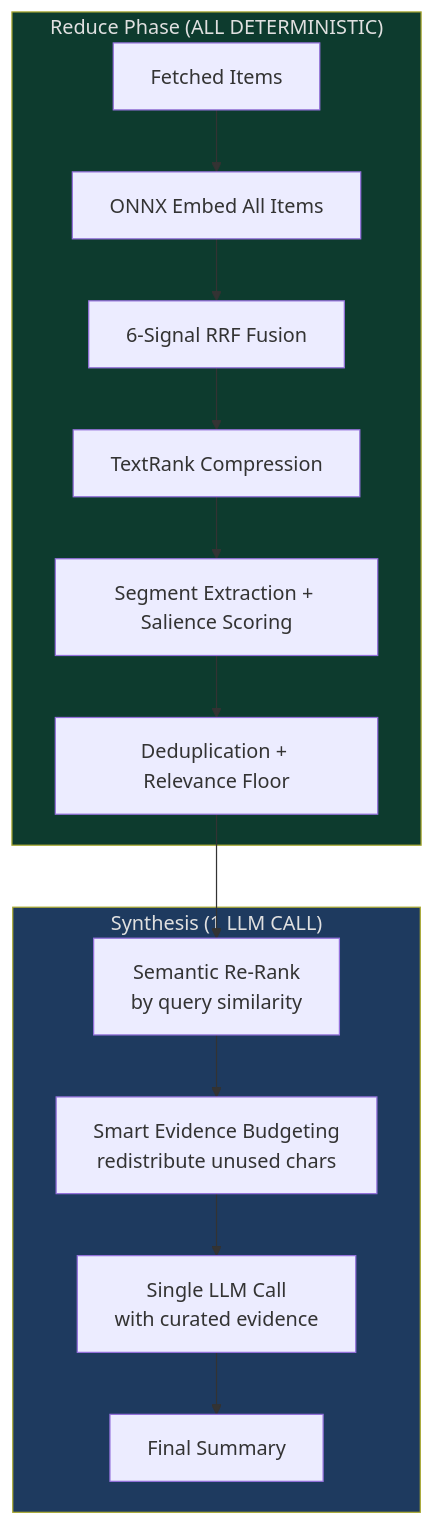
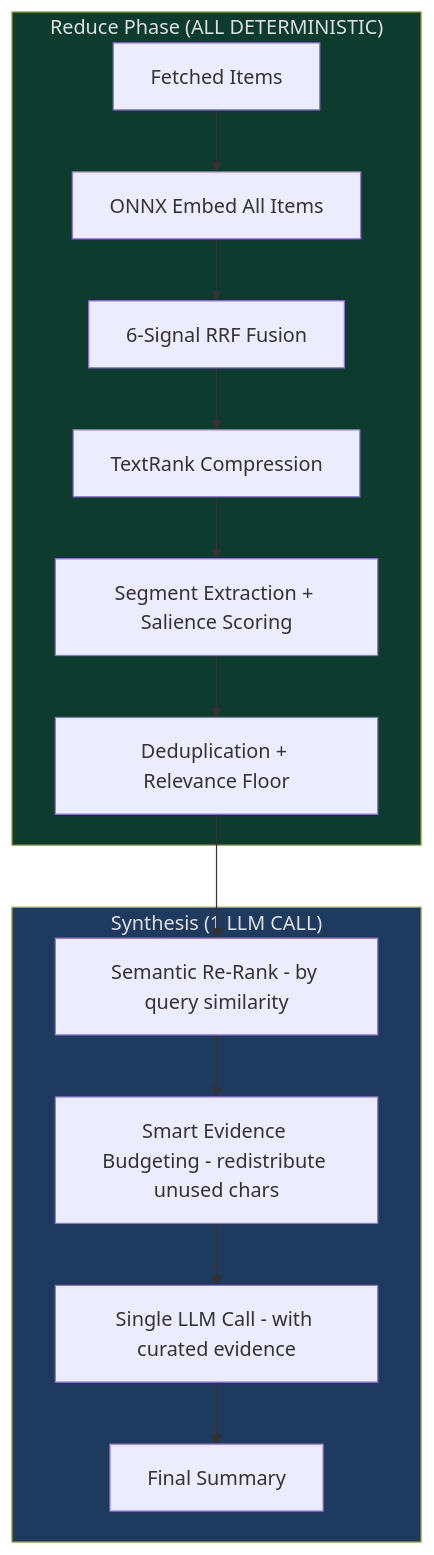
Before and after one commit to Shaddix/mostlylucidweb: the seventh of 10 diagrams in Mostlylucid/Markdown/doomsummarizer-deep-research.md, drawn with Mermaid. The commit also changed other lines of this file and 25 other files, not shown here.

````diff
--- a/Mostlylucid/Markdown/doomsummarizer-deep-research.md
+++ b/Mostlylucid/Markdown/doomsummarizer-deep-research.md
@@ -317,20 +317,20 @@
 ```mermaid
 flowchart TD
     subgraph REDUCE["Reduce Phase (ALL DETERMINISTIC)"]
         Items[Fetched Items] --> Embed[ONNX Embed All Items]
         Embed --> RRF[6-Signal RRF Fusion]
         RRF --> TR[TextRank Compression]
         TR --> Seg[Segment Extraction + Salience Scoring]
         Seg --> Dedup[Deduplication + Relevance Floor]
     end
 
     subgraph SYNTH["Synthesis (1 LLM CALL)"]
-        Dedup --> Rerank["Semantic Re-Rank\nby query similarity"]
-        Rerank --> Budget["Smart Evidence Budgeting\nredistribute unused chars"]
-        Budget --> Gen["Single LLM Call\nwith curated evidence"]
+        Dedup --> Rerank["Semantic Re-Rank - by query similarity"]
+        Rerank --> Budget["Smart Evidence Budgeting - redistribute unused chars"]
+        Budget --> Gen["Single LLM Call - with curated evidence"]
         Gen --> Output[Final Summary]
     end
 
     style REDUCE fill:#0d3b2e,color:#e0e0e0
     style SYNTH fill:#1e3a5f,color:#e0e0e0
 ```
````
